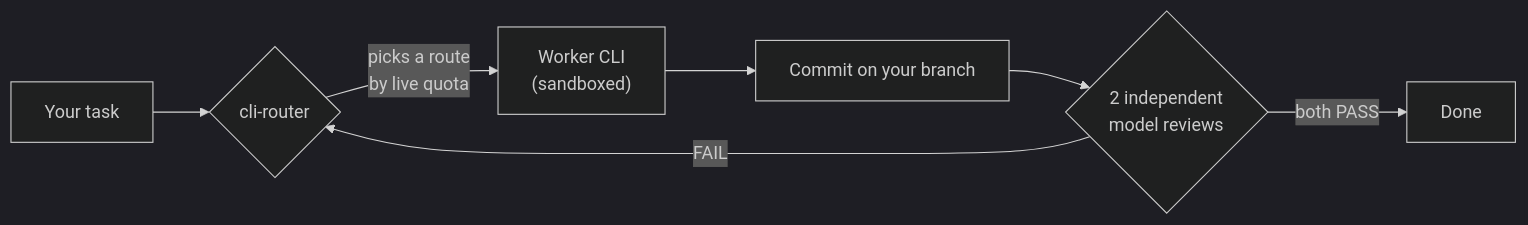
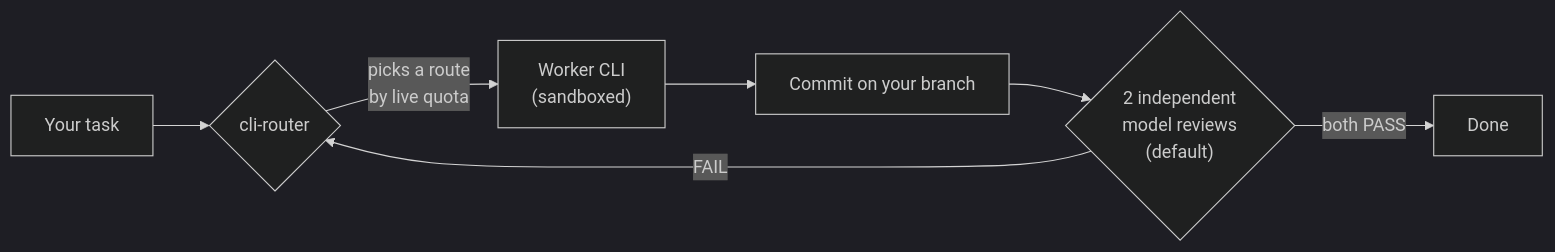
One commit to marcosconci1/cli-router changed the diagram in README.md. Above: the diagram before and after it, drawn with Mermaid (dark theme). The commit also changed other lines of this file and 3 other files, not shown here.

````diff
--- a/README.md
+++ b/README.md
@@ -22,9 +22,9 @@
 ```mermaid
 flowchart LR
     T["Your task"] --> R{"cli-router"}
     R -->|"picks a route<br>by live quota"| W["Worker CLI<br>(sandboxed)"]
     W --> G["Commit on your branch"]
-    G --> V{"2 independent<br>model reviews"}
+    G --> V{"2 independent<br>model reviews<br>(default)"}
     V -->|"both PASS"| D["Done"]
     V -->|"FAIL"| R
 ```
````
